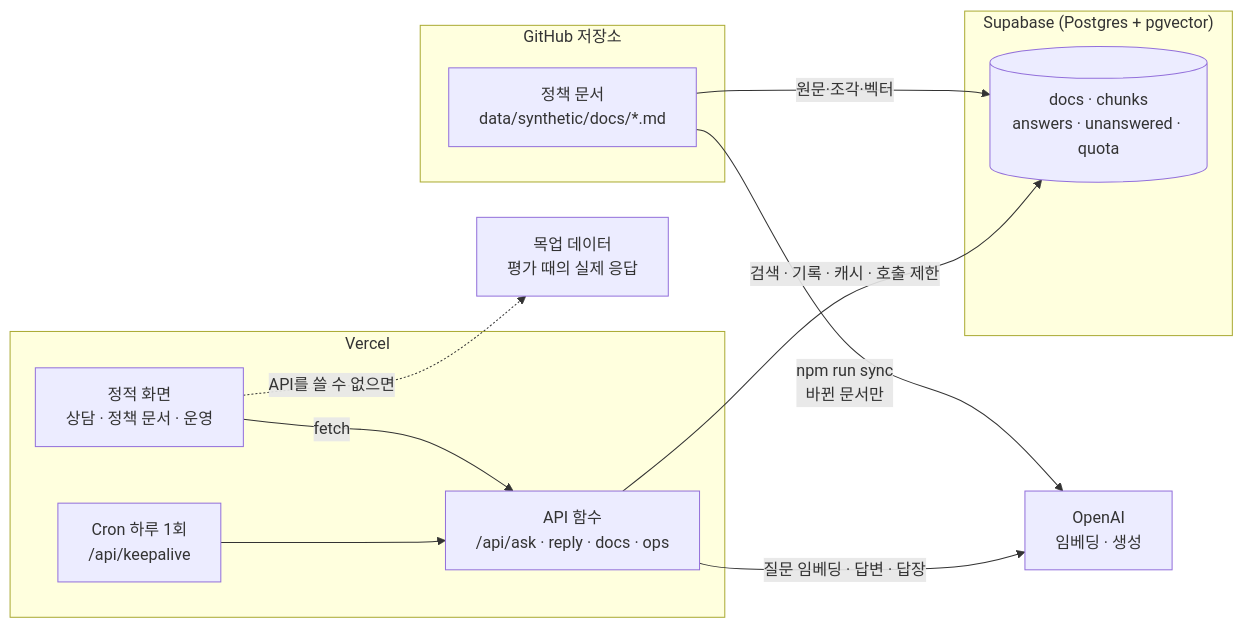
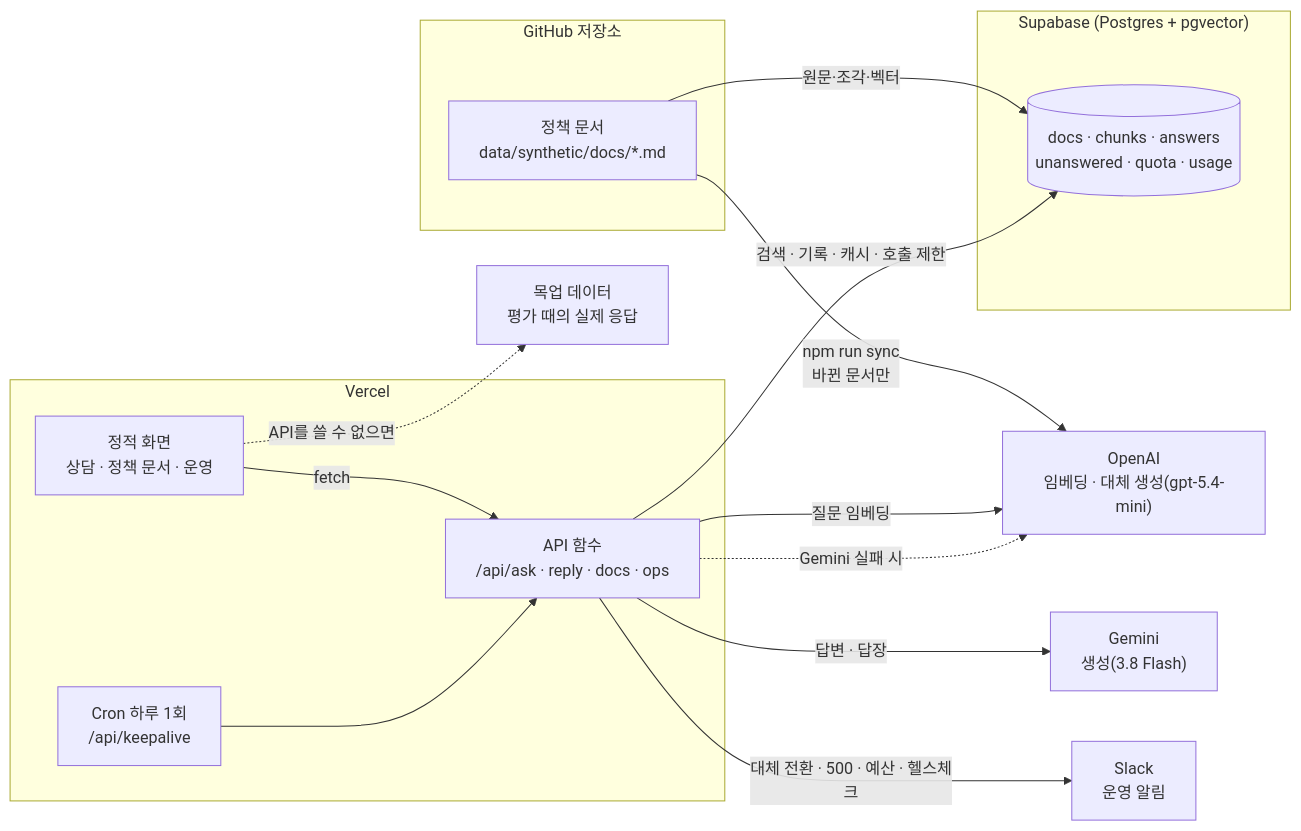
One commit to EXPOIR0405/helpdesk-copilot changed the first of 5 diagrams in architecture.md. Above: the diagram before and after it, drawn with Mermaid. The commit also changed other lines of this file and 20 other files, not shown here.

First line of the commit message:
feat: 기본 모델 gemini-3.8-flash, 대체 gpt-5.4-mini + 모델 선택 문서

````diff
--- a/architecture.md
+++ b/architecture.md
@@ -9,26 +9,31 @@
 ```mermaid
 flowchart LR
   subgraph Git["GitHub 저장소"]
     Docs["정책 문서<br/>data/synthetic/docs/*.md"]
   end
 
   subgraph Vercel
     Web["정적 화면<br/>상담 · 정책 문서 · 운영"]
     API["API 함수<br/>/api/ask · reply · docs · ops"]
     Cron["Cron 하루 1회<br/>/api/keepalive"]
   end
 
   subgraph Supabase["Supabase (Postgres + pgvector)"]
-    DB[("docs · chunks<br/>answers · unanswered · quota")]
+    DB[("docs · chunks · answers<br/>unanswered · quota · usage")]
   end
 
-  OpenAI["OpenAI<br/>임베딩 · 생성"]
+  OpenAI["OpenAI<br/>임베딩 · 대체 생성(gpt-5.4-mini)"]
+  Gemini["Gemini<br/>생성(3.8 Flash)"]
+  Slack["Slack<br/>운영 알림"]
 
   Docs -- "npm run sync<br/>바뀐 문서만" --> OpenAI
   Docs -- "원문·조각·벡터" --> DB
   Web -- "fetch" --> API
   API -- "검색 · 기록 · 캐시 · 호출 제한" --> DB
-  API -- "질문 임베딩 · 답변 · 답장" --> OpenAI
+  API -- "질문 임베딩" --> OpenAI
+  API -- "답변 · 답장" --> Gemini
+  API -. "Gemini 실패 시" .-> OpenAI
+  API -- "대체 전환 · 500 · 예산 · 헬스체크" --> Slack
   Cron --> API
   Web -. "API를 쓸 수 없으면" .-> Mock["목업 데이터<br/>평가 때의 실제 응답"]
 ```
````
